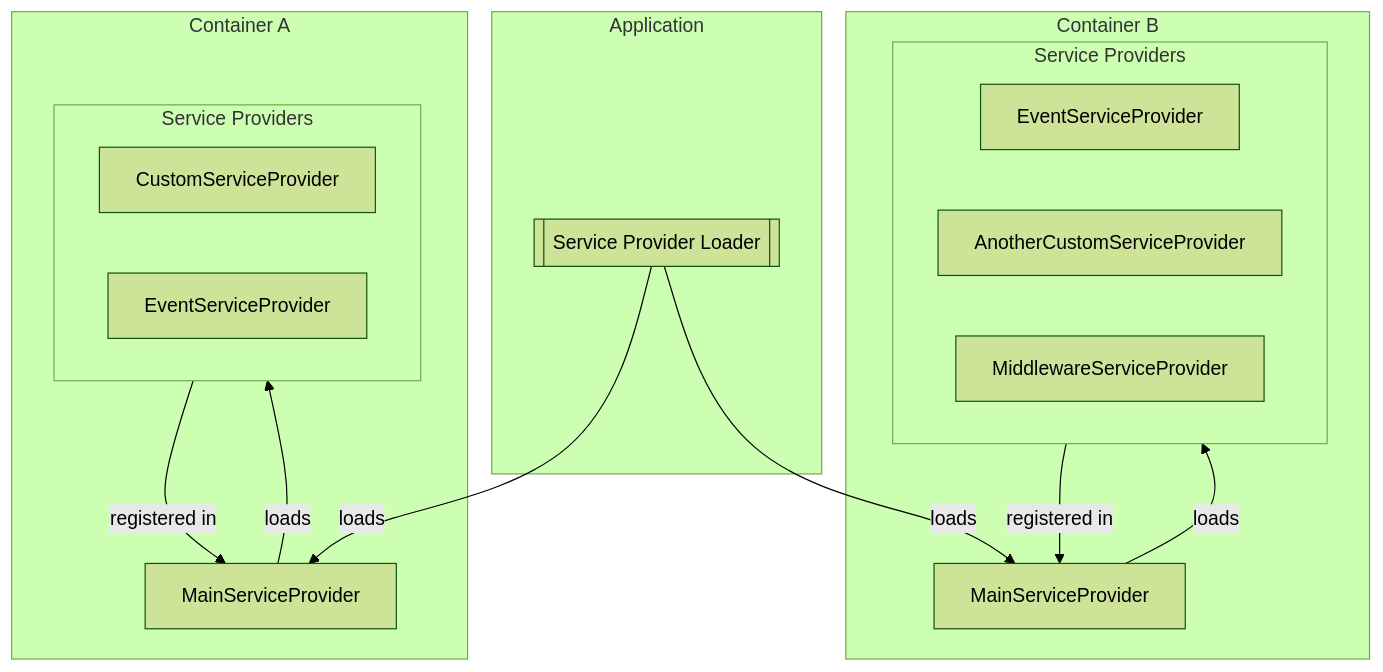
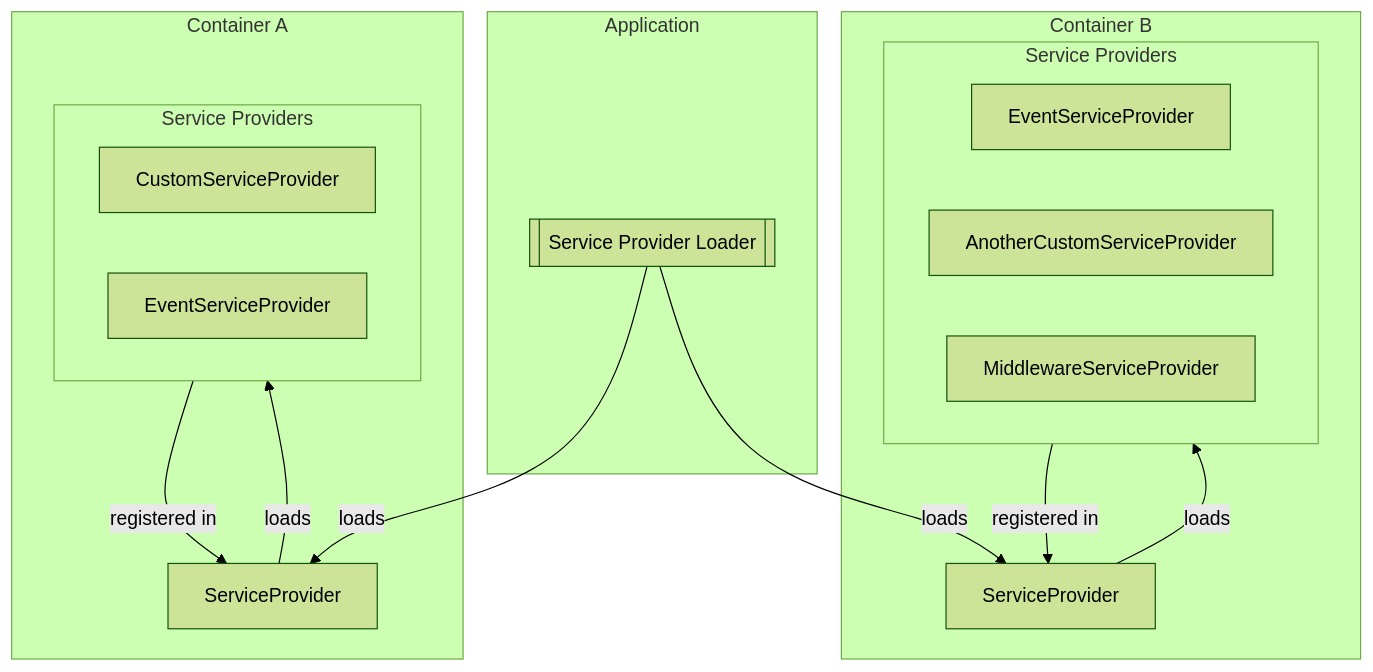
The diagram in docs/components/optional-components/service-providers.md (apiato/documentation), drawn with Mermaid (forest theme) before and after one commit. The commit also changed other lines of this file, not shown here.

````diff
--- a/docs/components/optional-components/service-providers.md
+++ b/docs/components/optional-components/service-providers.md
@@ -237,32 +231,32 @@
 ```mermaid
 graph TB
   subgraph ContainerB[Container B]
-    BMP[MainServiceProvider]
+    BMP[ServiceProvider]
     BEP[EventServiceProvider]
     subgraph BServiceProviders[Service Providers]
       AnotherCustomServiceProvider
       BEP
       MiddlewareServiceProvider
     end
     BMP
   end
     
   subgraph ContainerA[Container A]
-    AMP[MainServiceProvider]
+    AMP[ServiceProvider]
     subgraph AServiceProviders[Service Providers]
       CustomServiceProvider
       EventServiceProvider
     end
     AMP
   end
   
   subgraph Application
     SPLoader[[Service Provider Loader]]-- loads-->AMP
     SPLoader-- loads-->BMP
   end
   
   AMP -->|loads| AServiceProviders
   AServiceProviders -->|registered in| AMP
   BMP -->|loads| BServiceProviders
   BServiceProviders -->|registered in| BMP
 ```
````
